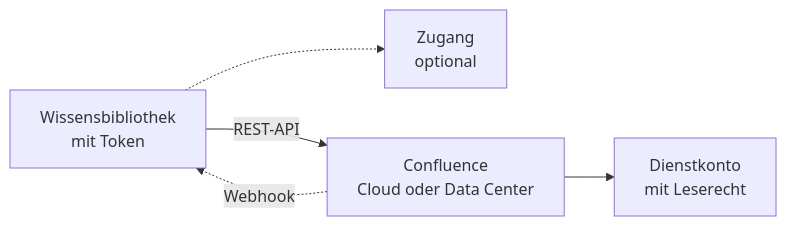
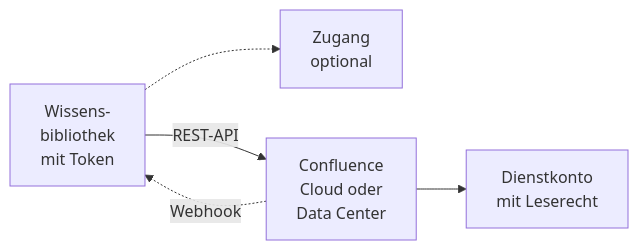
The first of 2 diagrams in docs/handbuch/konnektoren/confluence.md (criew/opaa), drawn with Mermaid before and after one commit. The commit also changed other lines of this file and 13 other files, not shown here.

First line of the commit message:
docs(handbuch): Mermaid-Beschriftungen umbrechen und Verweise auf Konnektor-Abschnitte nachziehen

````diff
--- a/docs/handbuch/konnektoren/confluence.md
+++ b/docs/handbuch/konnektoren/confluence.md
@@ -10,7 +10,7 @@
 ```mermaid
 flowchart LR
-    B[Wissensbibliothek<br/>mit Token] -.-> Z[Zugang<br/>optional]
-    B -->|REST-API| C[Confluence<br/>Cloud oder Data Center]
+    B[Wissens-<br/>bibliothek<br/>mit Token] -.-> Z[Zugang<br/>optional]
+    B -->|REST-API| C[Confluence<br/>Cloud oder<br/>Data Center]
     C --> K[Dienstkonto<br/>mit Leserecht]
     C -.->|Webhook| B
 ```
````
